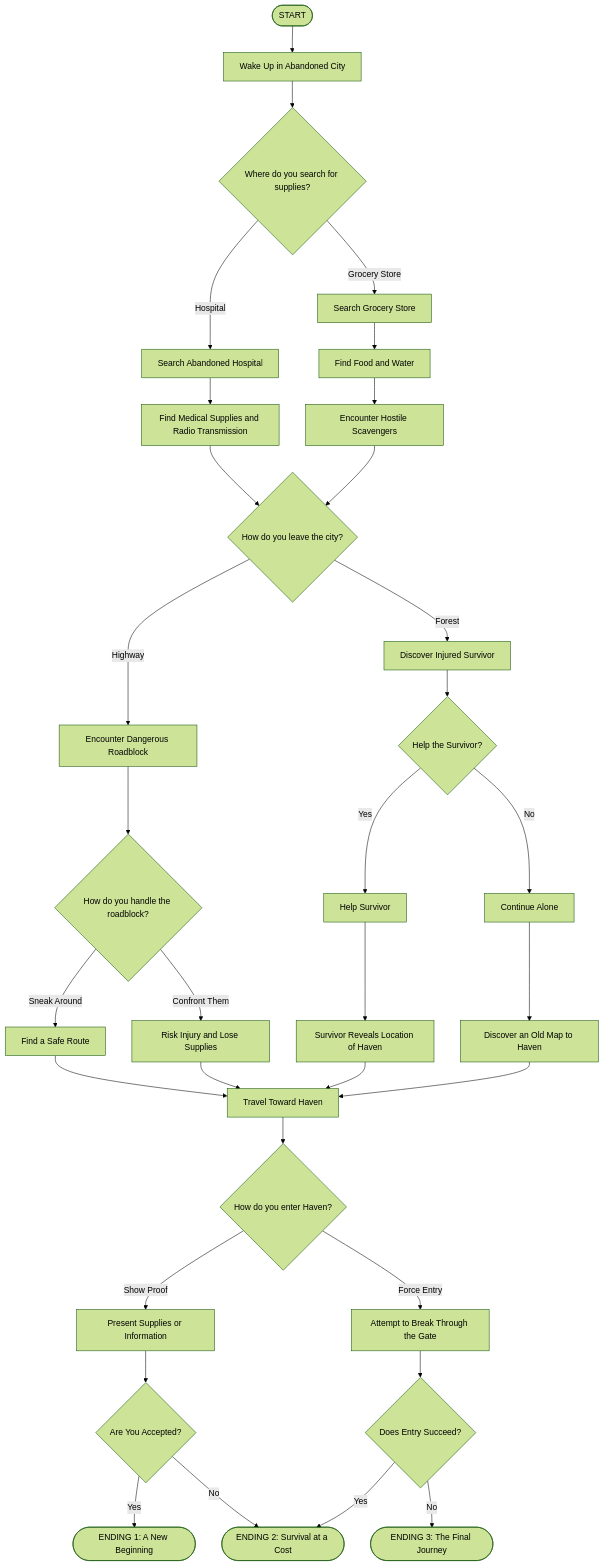
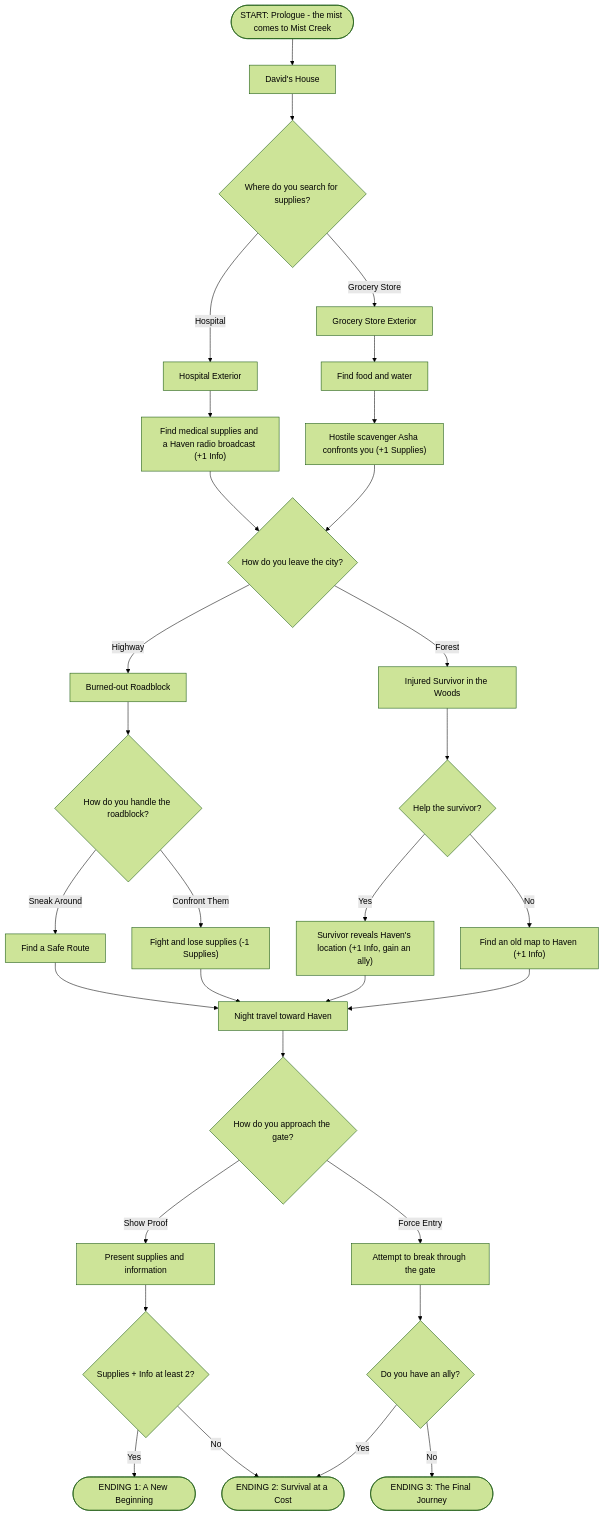
One commit to 779825896mingchen-svg/WEB-115-Final-Project-Group-5 changed the diagram in README.md. Above: the diagram before and after it, drawn with Mermaid (forest theme). The commit also changed other lines of this file and 7 other files, not shown here.

````diff
--- a/README.md
+++ b/README.md
@@ -3,47 +52,44 @@
 ```mermaid
 flowchart TD
-    A([START]) --> B[Wake Up in Abandoned City]
+    A([START: Prologue - the mist comes to Mist Creek]) --> B[David's House]
     B --> C{Where do you search for supplies?}
 
-    C -->|Hospital| D[Search Abandoned Hospital]
-    C -->|Grocery Store| E[Search Grocery Store]
+    C -->|Hospital| D[Hospital Exterior]
+    C -->|Grocery Store| E[Grocery Store Exterior]
 
-    D --> F[Find Medical Supplies and Radio Transmission]
-    E --> G[Find Food and Water]
-    G --> H[Encounter Hostile Scavengers]
+    D --> F["Find medical supplies and a Haven radio broadcast (+1 Info)"]
+    E --> G[Find food and water]
+    G --> H["Hostile scavenger Asha confronts you (+1 Supplies)"]
 
     F --> I{How do you leave the city?}
     H --> I
 
-    I -->|Highway| J[Encounter Dangerous Roadblock]
-    I -->|Forest| K[Discover Injured Survivor]
+    I -->|Highway| J[Burned-out Roadblock]
+    I -->|Forest| K[Injured Survivor in the Woods]
 
     J --> L{How do you handle the roadblock?}
     L -->|Sneak Around| M[Find a Safe Route]
-    L -->|Confront Them| N[Risk Injury and Lose Supplies]
+    L -->|Confront Them| N["Fight and lose supplies (-1 Supplies)"]
 
-    K --> O{Help the Survivor?}
-    O -->|Yes| P[Help Survivor]
-    O -->|No| Q[Continue Alone]
+    K --> O{Help the survivor?}
+    O -->|Yes| P["Survivor reveals Haven's location (+1 Info, gain an ally)"]
+    O -->|No| Q["Find an old map to Haven (+1 Info)"]
 
-    P --> R[Survivor Reveals Location of Haven]
-    Q --> S[Discover an Old Map to Haven]
+    M --> R[Night travel toward Haven]
+    N --> R
+    P --> R
+    Q --> R
 
-    M --> T[Travel Toward Haven]
-    N --> T
-    R --> T
-    S --> T
+    R --> S{How do you approach the gate?}
 
-    T --> U{How do you enter Haven?}
+    S -->|Show Proof| T[Present supplies and information]
+    S -->|Force Entry| U[Attempt to break through the gate]
 
-    U -->|Show Proof| V[Present Supplies or Information]
-    U -->|Force Entry| W[Attempt to Break Through the Gate]
+    T --> V{"Supplies + Info at least 2?"}
+    V -->|Yes| W([ENDING 1: A New Beginning])
+    V -->|No| X([ENDING 2: Survival at a Cost])
 
-    V --> X{Are You Accepted?}
-    X -->|Yes| Y([ENDING 1: A New Beginning])
-    X -->|No| Z([ENDING 2: Survival at a Cost])
-
-    W --> AA{Does Entry Succeed?}
-    AA -->|Yes| Z
-    AA -->|No| AB([ENDING 3: The Final Journey])
+    U --> Y{Do you have an ally?}
+    Y -->|Yes| X
+    Y -->|No| Z([ENDING 3: The Final Journey])
 ```
````
